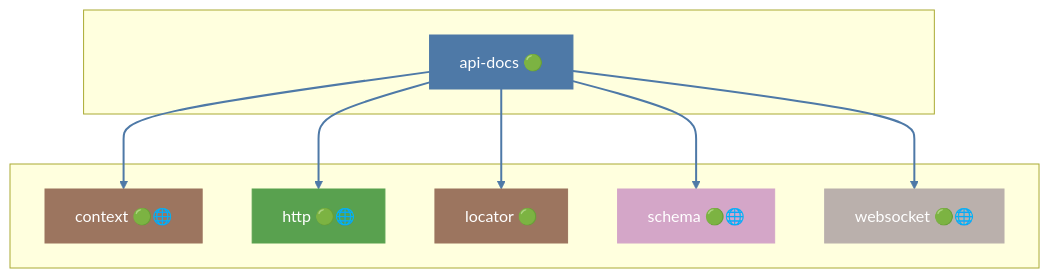
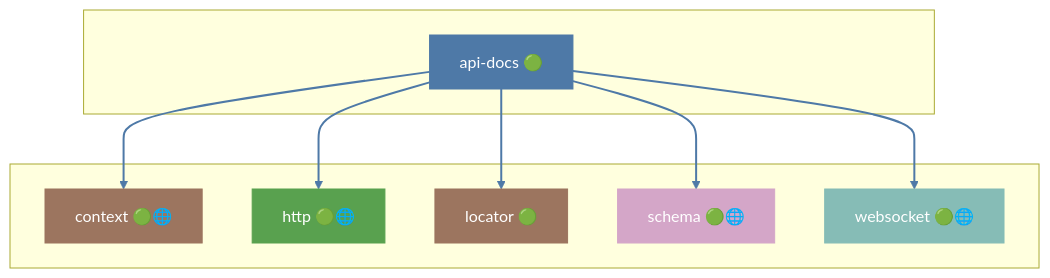
The second of 48 diagrams in docs/DEPENDENCIES.md (grest-ts/grest-ts), drawn with Mermaid before and after one commit. The commit also changed other lines of this file and 21 other files, not shown here.

````diff
--- a/docs/DEPENDENCIES.md
+++ b/docs/DEPENDENCIES.md
@@ -451,29 +461,29 @@
 ```mermaid
 flowchart TB
     subgraph Package[" "]
         api-docs["api-docs 🟢"]
     end
     subgraph Dependencies[" "]
         context["context 🟢🌐"]
         http["http 🟢🌐"]
         locator["locator 🟢"]
         schema["schema 🟢🌐"]
         websocket["websocket 🟢🌐"]
     end
     api-docs --> context
     api-docs --> http
     api-docs --> locator
     api-docs --> schema
     api-docs --> websocket
     style api-docs fill:#4E79A7,stroke:#4E79A7,color:#fff
     style context fill:#9C755F,stroke:#9C755F,color:#fff
     style http fill:#59A14F,stroke:#59A14F,color:#fff
     style locator fill:#9C755F,stroke:#9C755F,color:#fff
     style schema fill:#D4A6C8,stroke:#D4A6C8,color:#fff
-    style websocket fill:#BAB0AC,stroke:#BAB0AC,color:#fff
+    style websocket fill:#86BCB6,stroke:#86BCB6,color:#fff
     linkStyle 0 stroke:#4E79A7,stroke-width:2px
     linkStyle 1 stroke:#4E79A7,stroke-width:2px
     linkStyle 2 stroke:#4E79A7,stroke-width:2px
     linkStyle 3 stroke:#4E79A7,stroke-width:2px
     linkStyle 4 stroke:#4E79A7,stroke-width:2px
 ```
````
